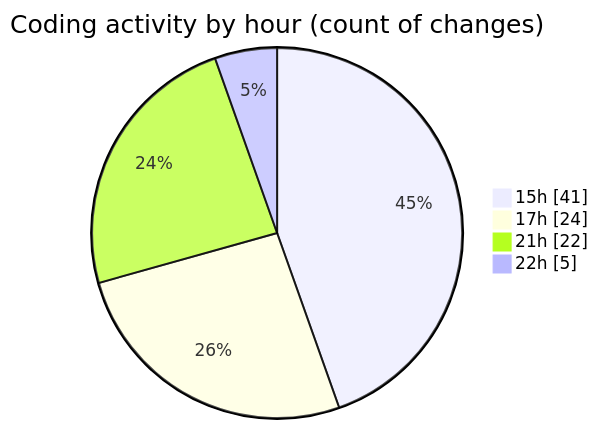
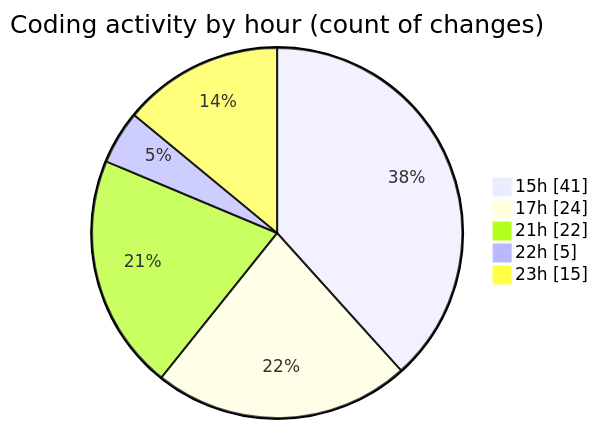
Before and after one commit to Netris89/code-tracking: the second of 2 diagrams in 2025-10-26/skintrack/README.md, drawn with Mermaid. The commit also changed other lines of this file and 1 other file, not shown here.

````diff
--- a/2025-10-26/skintrack/README.md
+++ b/2025-10-26/skintrack/README.md
@@ -43,8 +45,9 @@
 ```mermaid
 pie showData
 title Coding activity by hour (count of changes)
 "15h" : 41
 "17h" : 24
 "21h" : 22
 "22h" : 5
+"23h" : 15
 ```
````
